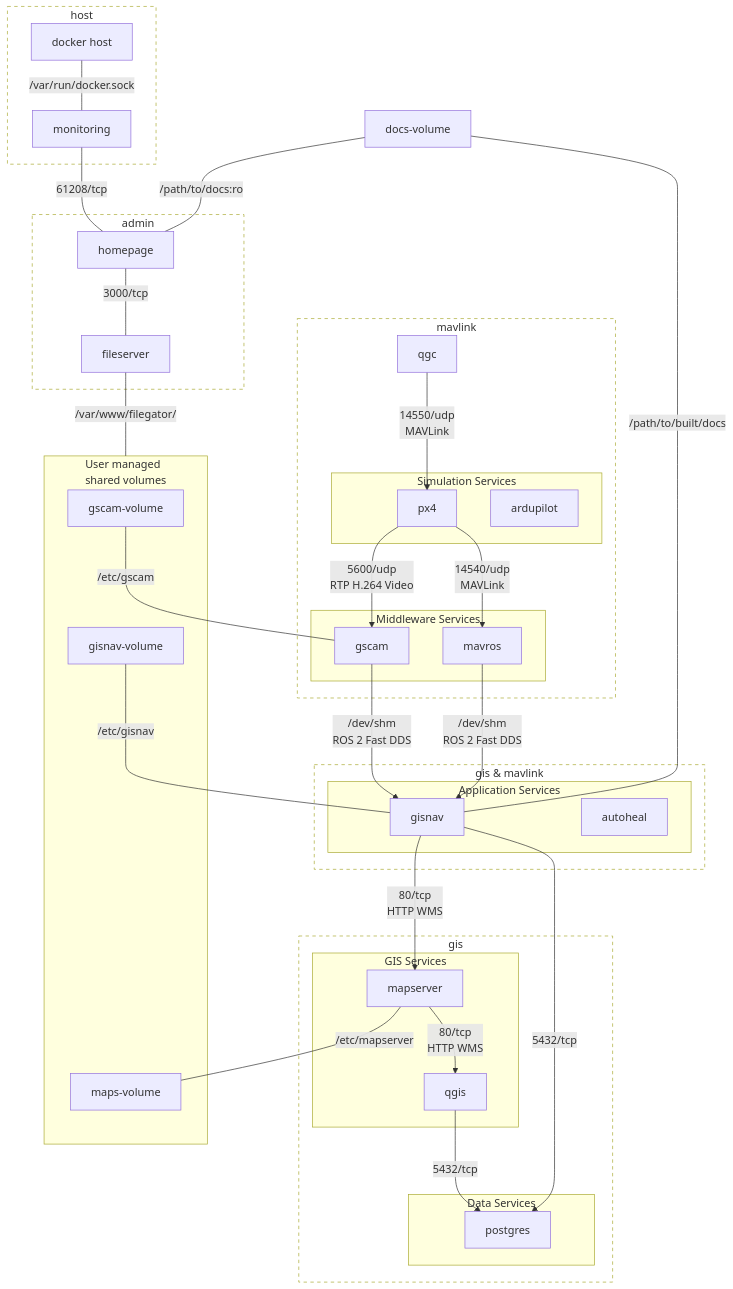
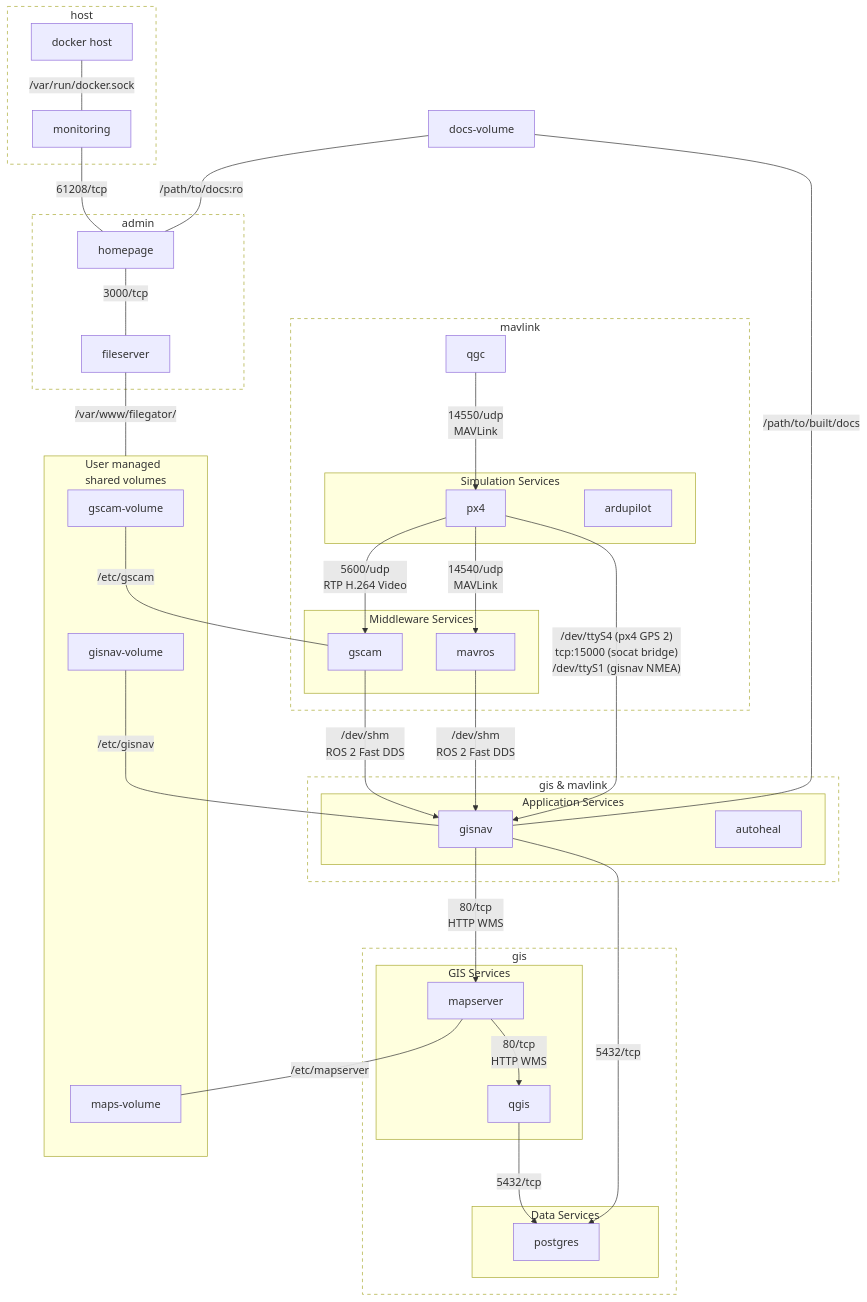
The diagram in docker/DOCKER.rst (hmakelin/gisnav), drawn with Mermaid before and after one commit. The commit also changed other lines of this file and 8 other files, not shown here.

```diff
--- a/docker/DOCKER.rst
+++ b/docker/DOCKER.rst
@@ -34,72 +41,73 @@
 .. mermaid::
 
     graph TD
         subgraph mavlink ["mavlink"]
             mavlink_qgc[qgc]
             subgraph simulation ["Simulation Services"]
                 simulation_px4[px4]
                 simulation_ardupilot[ardupilot]
             end
             subgraph middleware ["Middleware Services"]
                 middleware_mavros[mavros]
                 middleware_gscam[gscam]
             end
         end
+        simulation_px4 -->|"/dev/ttyS4 (px4 GPS 2)\ntcp:15000 (socat bridge)\n/dev/ttyS1 (gisnav NMEA)"| application_gisnav
 
         subgraph gis_mavlink ["gis & mavlink"]
             subgraph application ["Application Services"]
                 application_gisnav[gisnav]
                 application_autoheal[autoheal]
             end
         end
         subgraph gis ["gis"]
             subgraph gis_services ["GIS Services"]
                 gis_mapserver[mapserver]
                 gis_qgis[qgis]
             end
             subgraph data_services ["Data Services"]
                 gis_postgres[postgres]
             end
         end
 
         subgraph admin ["admin"]
             homepage[homepage]
             fileserver[fileserver]
         end
 
         subgraph volumes ["User managed\nshared volumes"]
             gscam_volume[gscam-volume]
             gis_maps_volume[maps-volume]
             application_gisnav_volume[gisnav-volume]
         end
         application_docs_volume[docs-volume]
 
         mavlink_qgc -->|14550/udp\nMAVLink| simulation_px4
         simulation_px4 -->|14540/udp\nMAVLink| middleware_mavros
         simulation_px4 -->|5600/udp\nRTP H.264 Video| middleware_gscam
         middleware_mavros -->|/dev/shm\nROS 2 Fast DDS| application_gisnav
         middleware_gscam -->|/dev/shm\nROS 2 Fast DDS| application_gisnav
         application_gisnav -->|5432/tcp| gis_postgres
 
         application_gisnav -->|80/tcp\nHTTP WMS| gis_mapserver
         gis_mapserver -->|80/tcp\nHTTP WMS| gis_qgis
         gis_qgis -->|5432/tcp| gis_postgres
         gis_mapserver ---|/etc/mapserver| gis_maps_volume
         application_gisnav_volume ---|/etc/gisnav| application_gisnav
         application_docs_volume ---|/path/to/built/docs| application_gisnav
         homepage ---|3000/tcp| fileserver
         fileserver ---|"/var/www/filegator/"| volumes
         gscam_volume ---|/etc/gscam| middleware_gscam
 
         application_docs_volume ---|/path/to/docs:ro| homepage
 
         subgraph host ["host"]
             monitoring["monitoring"]
             docker_host["docker host"]
         end
 
         monitoring ---|61208/tcp| homepage
         docker_host ---|/var/run/docker.sock| monitoring
 
         classDef network fill:transparent,stroke-dasharray:5 5;
         class mavlink,gis,gis_mavlink,admin,admin_gis,host network
```
